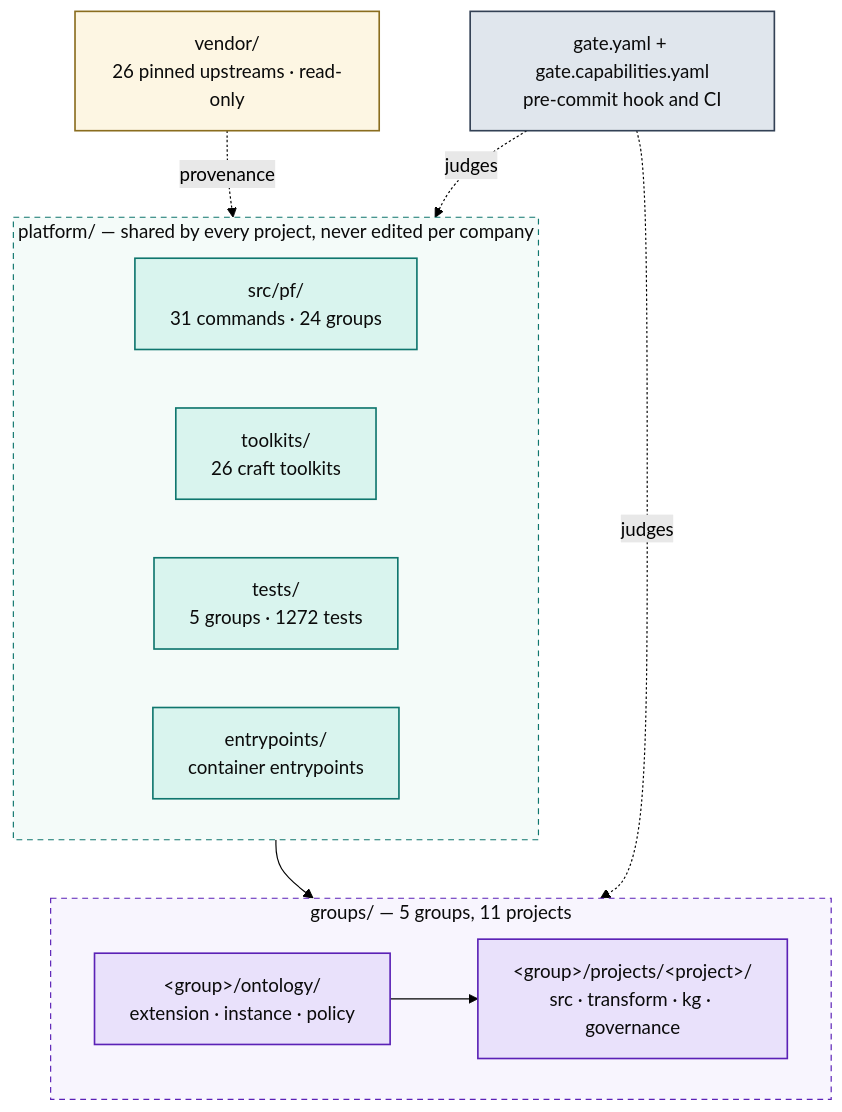
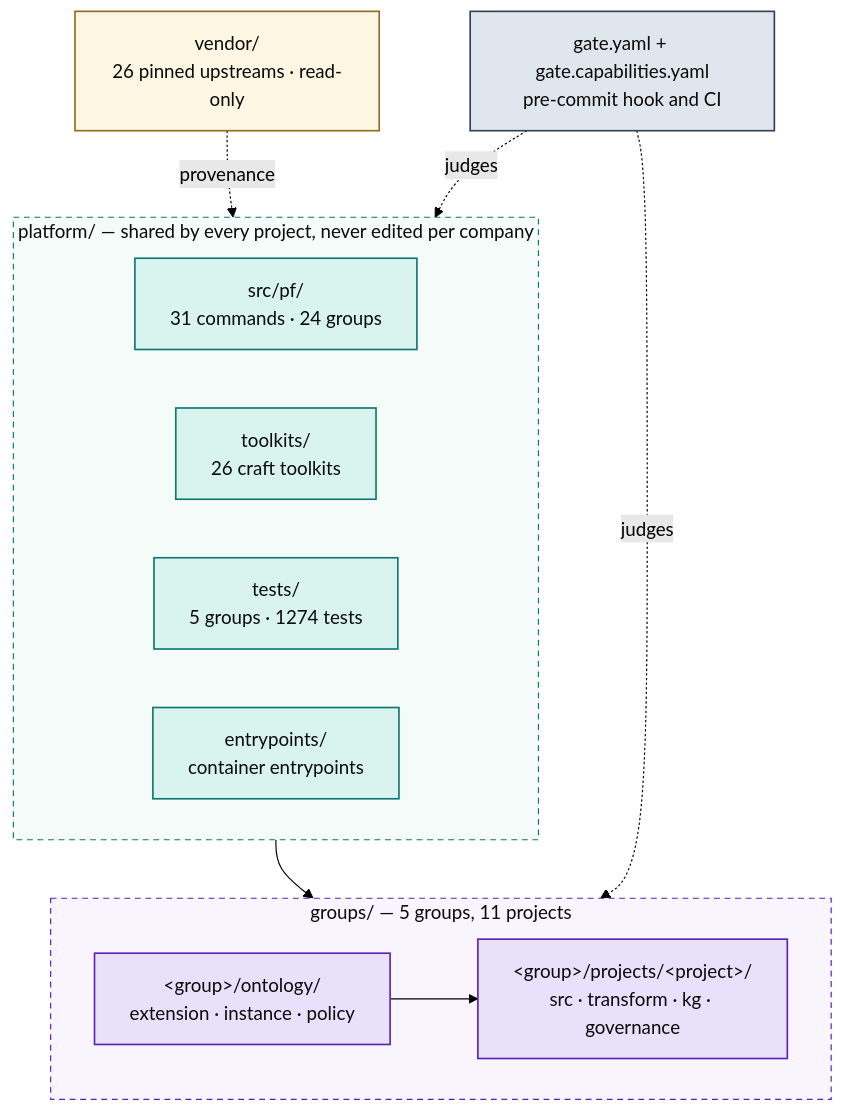
One commit to Atomz-org/data-platform changed the first of 5 diagrams in docs/ARCHITECTURE.md. Above: the diagram before and after it, drawn with Mermaid (forest theme). The commit also changed other lines of this file and 5 other files, not shown here.

````diff
--- a/docs/ARCHITECTURE.md
+++ b/docs/ARCHITECTURE.md
@@ -15,36 +15,36 @@
 ```mermaid
 flowchart TB
   subgraph SHARED["platform/ — shared by every project, never edited per company"]
     direction LR
     ENG["src/pf/<br/>31 commands · 24 groups"]
     TK["toolkits/<br/>26 craft toolkits"]
-    TST["tests/<br/>5 groups · 1272 tests"]
+    TST["tests/<br/>5 groups · 1274 tests"]
     ENT["entrypoints/<br/>container entrypoints"]
   end
 
   subgraph ENTITIES["groups/ — 5 groups, 11 projects"]
     direction LR
     GRP["&lt;group&gt;/ontology/<br/>extension · instance · policy"]
     PRJ["&lt;group&gt;/projects/&lt;project&gt;/<br/>src · transform · kg · governance"]
     GRP --> PRJ
   end
 
   VEN["vendor/<br/>26 pinned upstreams · read-only"]
   GATE["gate.yaml + gate.capabilities.yaml<br/>pre-commit hook and CI"]
 
   SHARED --> ENTITIES
   VEN -.provenance.-> SHARED
   GATE -.judges.-> ENTITIES
   GATE -.judges.-> SHARED
 
   classDef code fill:#d9f4ee,stroke:#0f766e,stroke-width:1.4px,color:#0b0b0b
   classDef data fill:#e9e1fb,stroke:#5b21b6,stroke-width:1.4px,color:#0b0b0b
   classDef gov fill:#e0e6ed,stroke:#334155,stroke-width:1.4px,color:#0b0b0b
   classDef ext fill:#fdf6e3,stroke:#8a6d1f,stroke-width:1.4px,color:#0b0b0b
   class ENG,TK,TST,ENT code
   class GRP,PRJ data
   class GATE gov
   class VEN ext
   style SHARED fill:#f4fbf9,stroke:#0f766e,stroke-dasharray:5 4,color:#0b0b0b
   style ENTITIES fill:#f8f5fe,stroke:#5b21b6,stroke-dasharray:5 4,color:#0b0b0b
 ```
````
